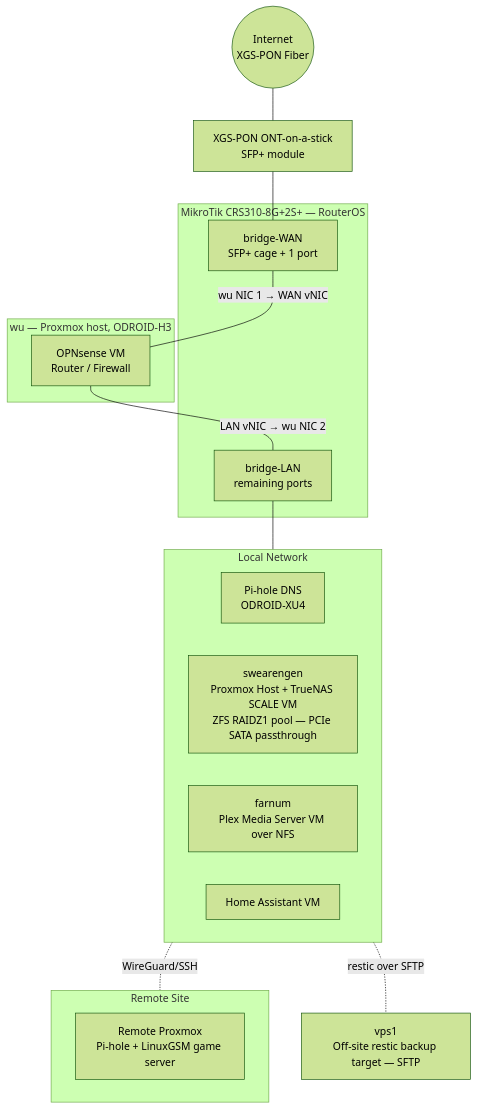
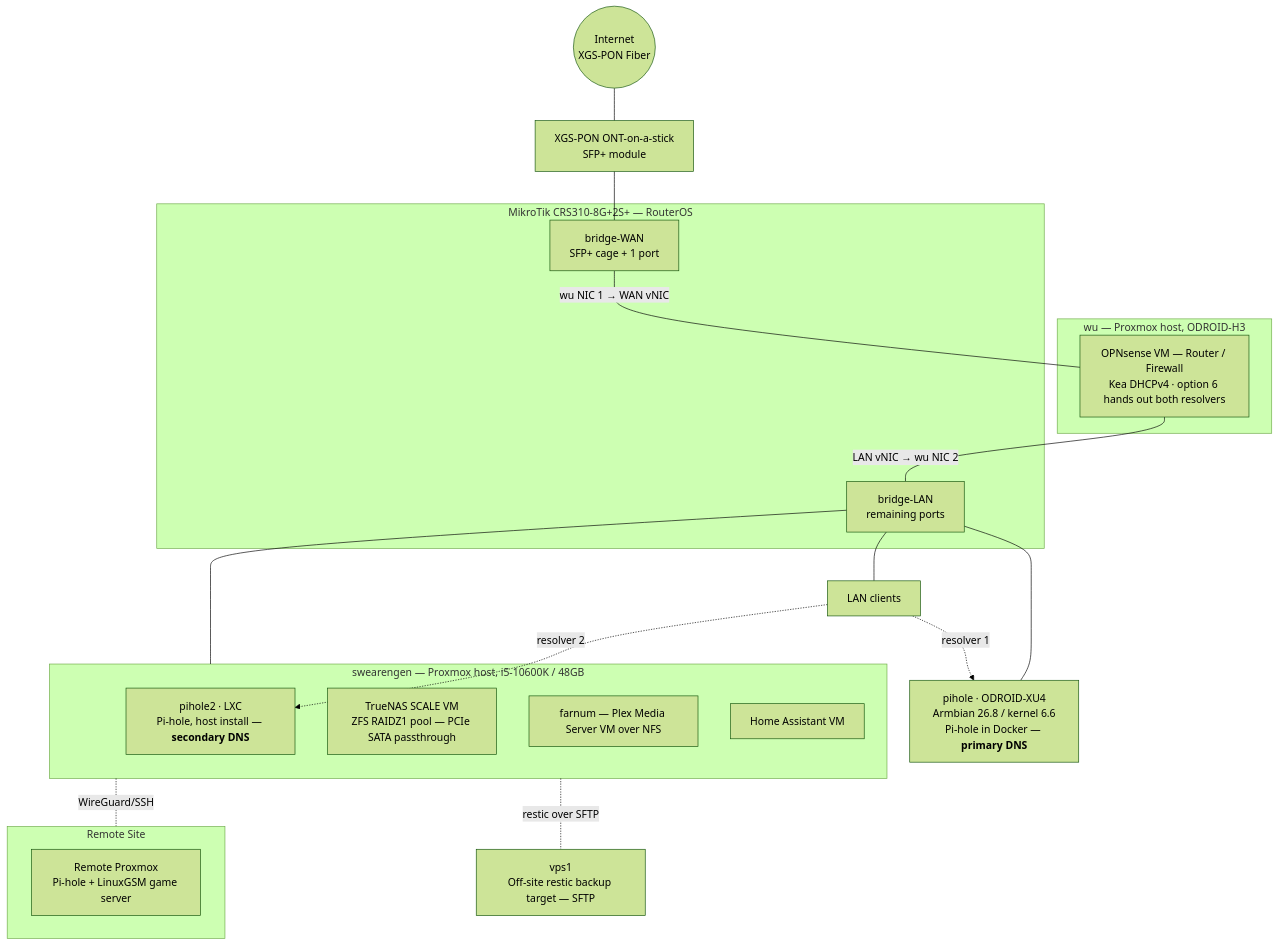
Before and after one commit to greenbeanorg/greenbeanorg: the diagram in README.md, drawn with Mermaid (forest theme). The commit also changed other lines of this file, not shown here.

Commit message:
Network diagram: split DNS into primary/secondary resolvers

````diff
--- a/README.md
+++ b/README.md
@@ -16,34 +16,42 @@
 ```mermaid
 flowchart TB
     INET((Internet<br/>XGS-PON Fiber))
     ONT[XGS-PON ONT-on-a-stick<br/>SFP+ module]
 
     subgraph SW [MikroTik CRS310-8G+2S+ — RouterOS]
         BW[bridge-WAN<br/>SFP+ cage + 1 port]
         BL[bridge-LAN<br/>remaining ports]
     end
 
     subgraph WU [wu — Proxmox host, ODROID-H3]
-        FW[OPNsense VM<br/>Router / Firewall]
+        FW[OPNsense VM — Router / Firewall<br/>Kea DHCPv4 · option 6 hands out both resolvers]
     end
 
-    subgraph LAN [Local Network]
-        PH[Pi-hole DNS<br/>ODROID-XU4]
-        SW1[swearengen<br/>Proxmox Host + TrueNAS SCALE VM<br/>ZFS RAIDZ1 pool — PCIe SATA passthrough]
-        FARN[farnum<br/>Plex Media Server VM over NFS]
+    PH1[pihole · ODROID-XU4<br/>Armbian 26.8 / kernel 6.6<br/>Pi-hole in Docker — <b>primary DNS</b>]
+
+    subgraph SWG [swearengen — Proxmox host, i5-10600K / 48GB]
+        PH2[pihole2 · LXC<br/>Pi-hole, host install — <b>secondary DNS</b>]
+        NAS[TrueNAS SCALE VM<br/>ZFS RAIDZ1 pool — PCIe SATA passthrough]
+        FARN[farnum — Plex Media Server VM over NFS]
         HA[Home Assistant VM]
     end
+
+    CLIENTS[LAN clients]
 
     subgraph REMOTE [Remote Site]
         RPX[Remote Proxmox<br/>Pi-hole + LinuxGSM game server]
     end
 
     VPS[vps1<br/>Off-site restic backup target — SFTP]
 
     INET --- ONT --- BW
     BW ---|"wu NIC 1 → WAN vNIC"| FW
     FW ---|"LAN vNIC → wu NIC 2"| BL
-    BL --- LAN
-    LAN -. WireGuard/SSH .- REMOTE
-    LAN -. restic over SFTP .- VPS
+    BL --- CLIENTS
+    BL --- PH1
+    BL --- SWG
+    CLIENTS -. "resolver 1" .-> PH1
+    CLIENTS -. "resolver 2" .-> PH2
+    SWG -. WireGuard/SSH .- REMOTE
+    SWG -. restic over SFTP .- VPS
 ```
````
